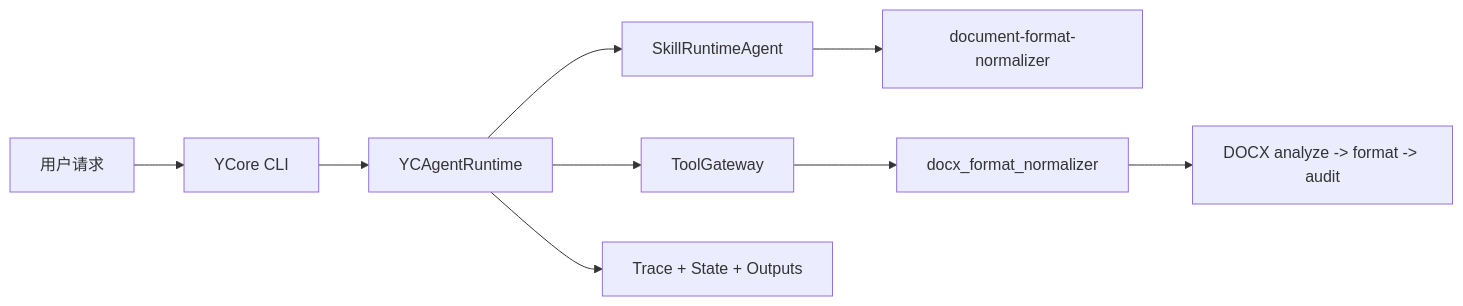
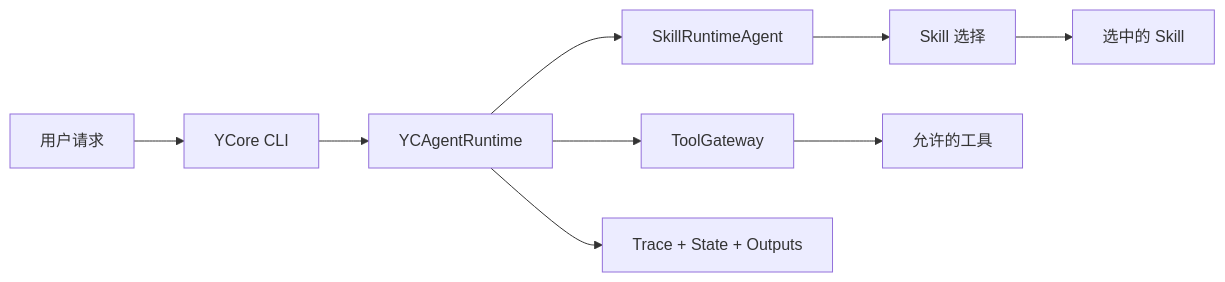
Before and after one commit to rouchuan123/yc-agents: the diagram in README.md, drawn with Mermaid. The commit also changed other lines of this file and 44 other files, not shown here.

````diff
--- a/README.md
+++ b/README.md
@@ -99,11 +63,11 @@
 ```mermaid
 flowchart LR
     User["用户请求"] --> CLI["YCore CLI"]
     CLI --> Runtime["YCAgentRuntime"]
     Runtime --> Agent["SkillRuntimeAgent"]
-    Agent --> Skill["document-format-normalizer"]
+    Agent --> Selector["Skill 选择"]
+    Selector --> Skill["选中的 Skill"]
     Runtime --> Gateway["ToolGateway"]
-    Gateway --> DocxTool["docx_format_normalizer"]
-    DocxTool --> Pipeline["DOCX analyze -> format -> audit"]
+    Gateway --> Tools["允许的工具"]
     Runtime --> Trace["Trace + State + Outputs"]
 ```
````
